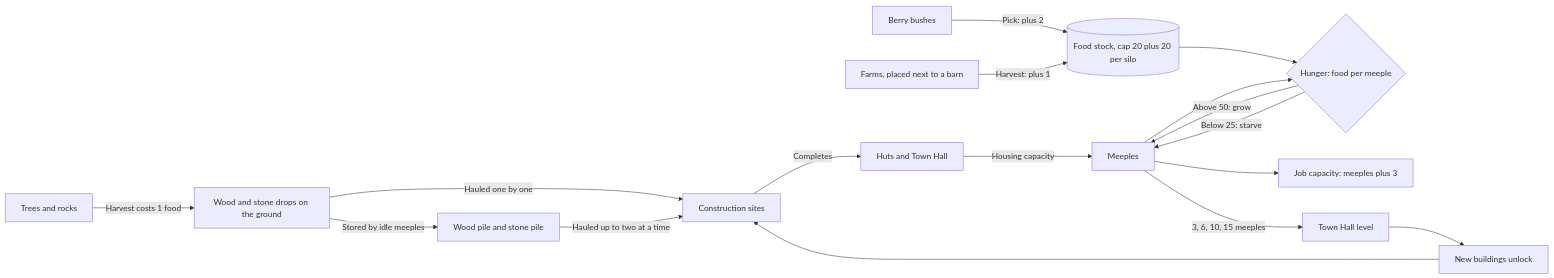
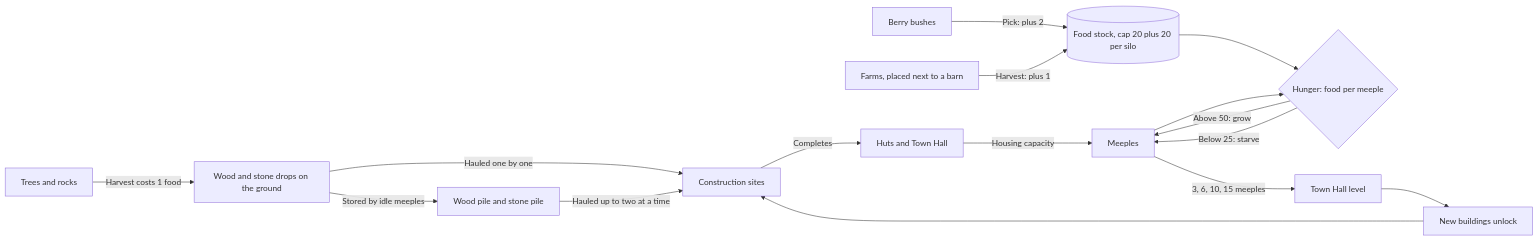
The second of 10 diagrams in docs/architecture.md (Liam-M-Mays/game-jam-2026), drawn with Mermaid before and after one commit. The commit also changed other lines of this file and 25 other files, not shown here.

First line of the commit message:
Jobs and free meeples find the nearest, with no job limit

````diff
--- a/docs/architecture.md
+++ b/docs/architecture.md
@@ -98,33 +98,31 @@
 ```mermaid
 flowchart LR
     tree["Trees and rocks"]
     bush["Berry bushes"]
     farm["Farms, placed next to a barn"]
     drops["Wood and stone drops on the ground"]
     piles["Wood pile and stone pile"]
     site["Construction sites"]
     huts["Huts and Town Hall"]
     food[("Food stock, cap 20 plus 20 per silo")]
     hunger{"Hunger: food per meeple"}
     meeples["Meeples"]
-    jobs["Job capacity: meeples plus 3"]
     hall["Town Hall level"]
     unlocks["New buildings unlock"]
 
     tree -->|"Harvest costs 1 food"| drops
     drops -->|"Hauled one by one"| site
     drops -->|"Stored by idle meeples"| piles
     piles -->|"Hauled up to two at a time"| site
     site -->|"Completes"| huts
     bush -->|"Pick: plus 2"| food
     farm -->|"Harvest: plus 1"| food
     food --> hunger
     meeples --> hunger
     hunger -->|"Above 50: grow"| meeples
     hunger -->|"Below 25: starve"| meeples
     huts -->|"Housing capacity"| meeples
-    meeples --> jobs
     meeples -->|"3, 6, 10, 15 meeples"| hall
     hall --> unlocks
     unlocks --> site
 ```
````
